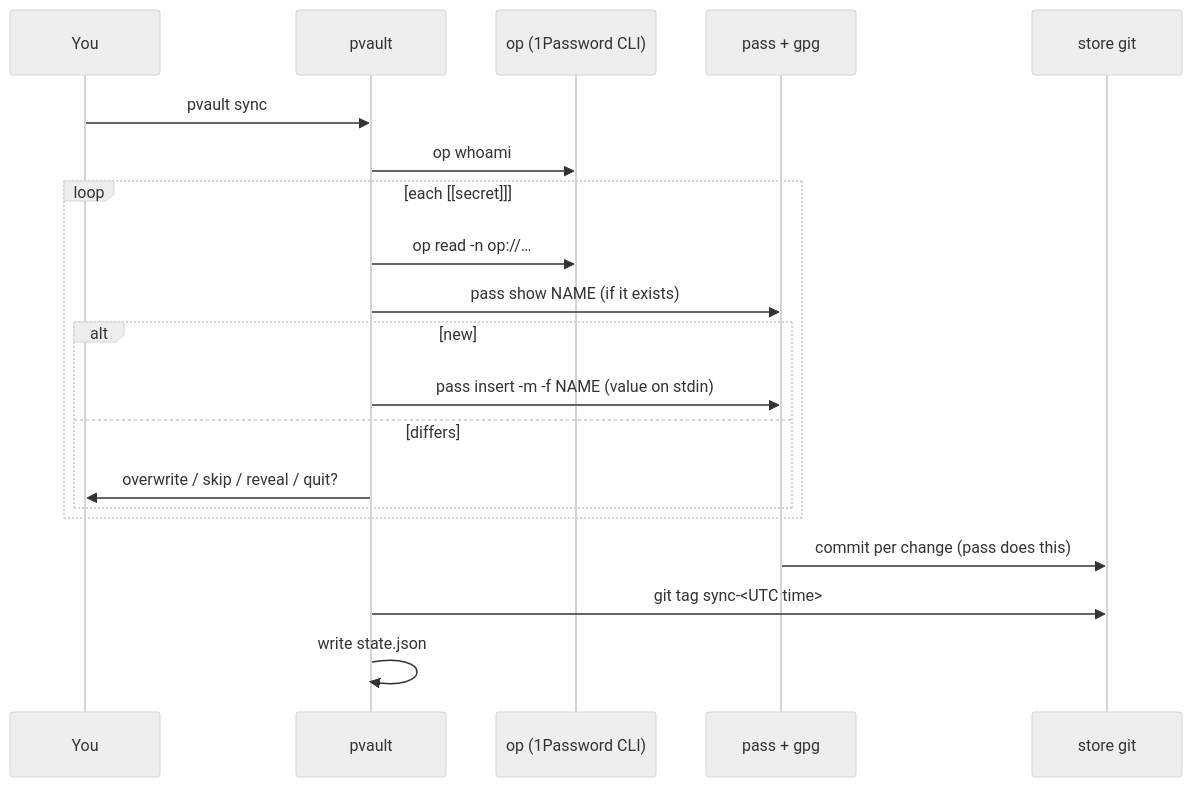
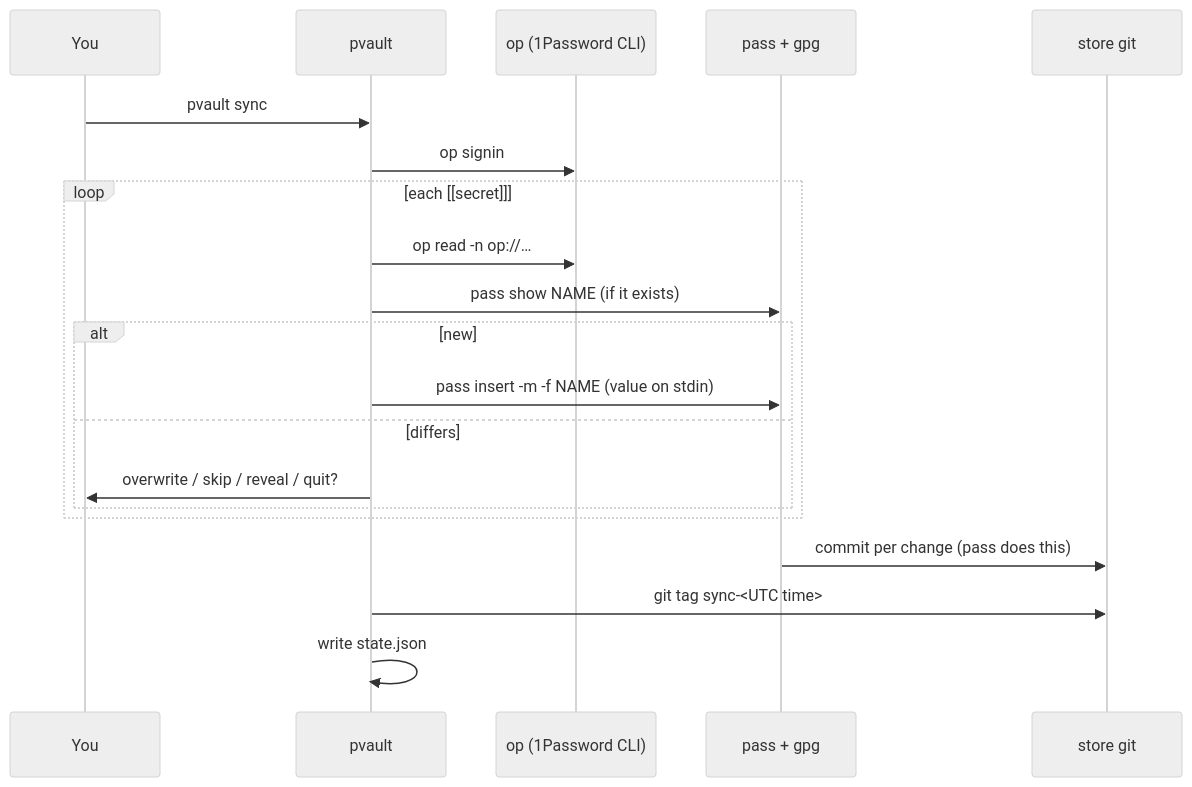
One commit to andytavares/passvault changed the diagram in docs/how-it-works.md. Above: the diagram before and after it, drawn with Mermaid (neutral theme). The commit also changed 7 other files, not shown here.

First line of the commit message:
Check 1Password sign-in with op signin, not op whoami

````diff
--- a/docs/how-it-works.md
+++ b/docs/how-it-works.md
@@ -5,23 +5,23 @@
 ```mermaid
 sequenceDiagram
   participant You
   participant pvault
   participant op as op (1Password CLI)
   participant pass as pass + gpg
   participant git as store git
 
   You->>pvault: pvault sync
-  pvault->>op: op whoami
+  pvault->>op: op signin
   loop each [[secret]]
     pvault->>op: op read -n op://…
     pvault->>pass: pass show NAME (if it exists)
     alt new
       pvault->>pass: pass insert -m -f NAME (value on stdin)
     else differs
       pvault->>You: overwrite / skip / reveal / quit?
     end
   end
   pass->>git: commit per change (pass does this)
   pvault->>git: git tag sync-<UTC time>
   pvault->>pvault: write state.json
 ```
````
